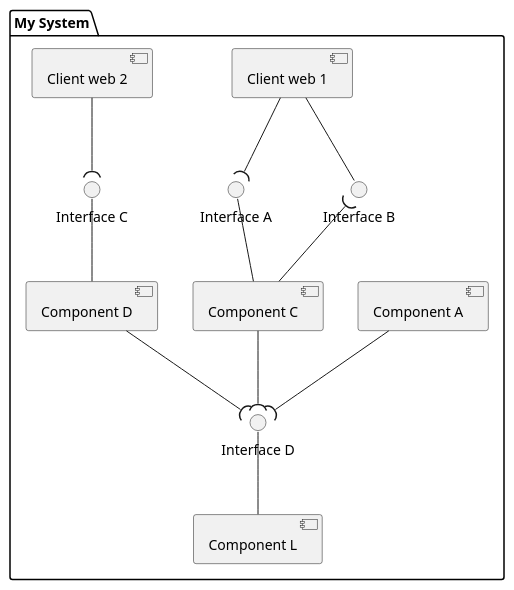
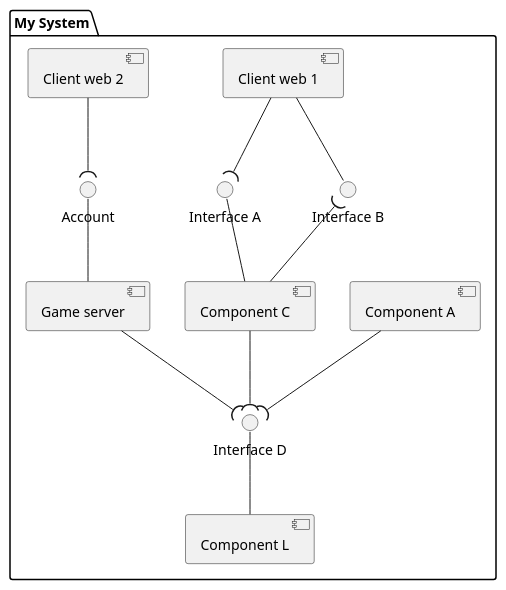
The diagram in trivial-doc/modules/development/examples/dc-global.puml (sybarry/Trivial_Pursuit_CL), drawn with PlantUML before and after one commit. The commit also changed 1 other file, not shown here.

```diff
--- a/trivial-doc/modules/development/examples/dc-global.puml
+++ b/trivial-doc/modules/development/examples/dc-global.puml
@@ -1,32 +1,32 @@
 @startuml
 package "My System" {
 interface "Interface A" as Web1
 interface "Interface B" as Cli1
-interface "Interface C" as Web2
+interface "Account" as Web2
 interface "Interface D" as Lobby
 
 component "Component A" as GameServer
 component "Component L" as LobbyServer
 component "Component C" as MiddlewareClient1
-component "Component D" as MiddlewareClient2
+component "Game server" as MiddlewareClient2
 
 [Client web 1]
 [Client web 2]
 }
 
 
 [LobbyServer] -up-() Lobby
 
 [GameServer] --( Lobby
 MiddlewareClient1 --( Lobby
 MiddlewareClient2 --( Lobby
 
 [Client web 1] --() Cli1
 Cli1 )-- [MiddlewareClient1]
 
 [Client web 2] --( Web2
 [MiddlewareClient2] -up-() Web2
 
 [Client web 1] --( Web1
 [MiddlewareClient1] -up-() Web1
 @enduml
```
